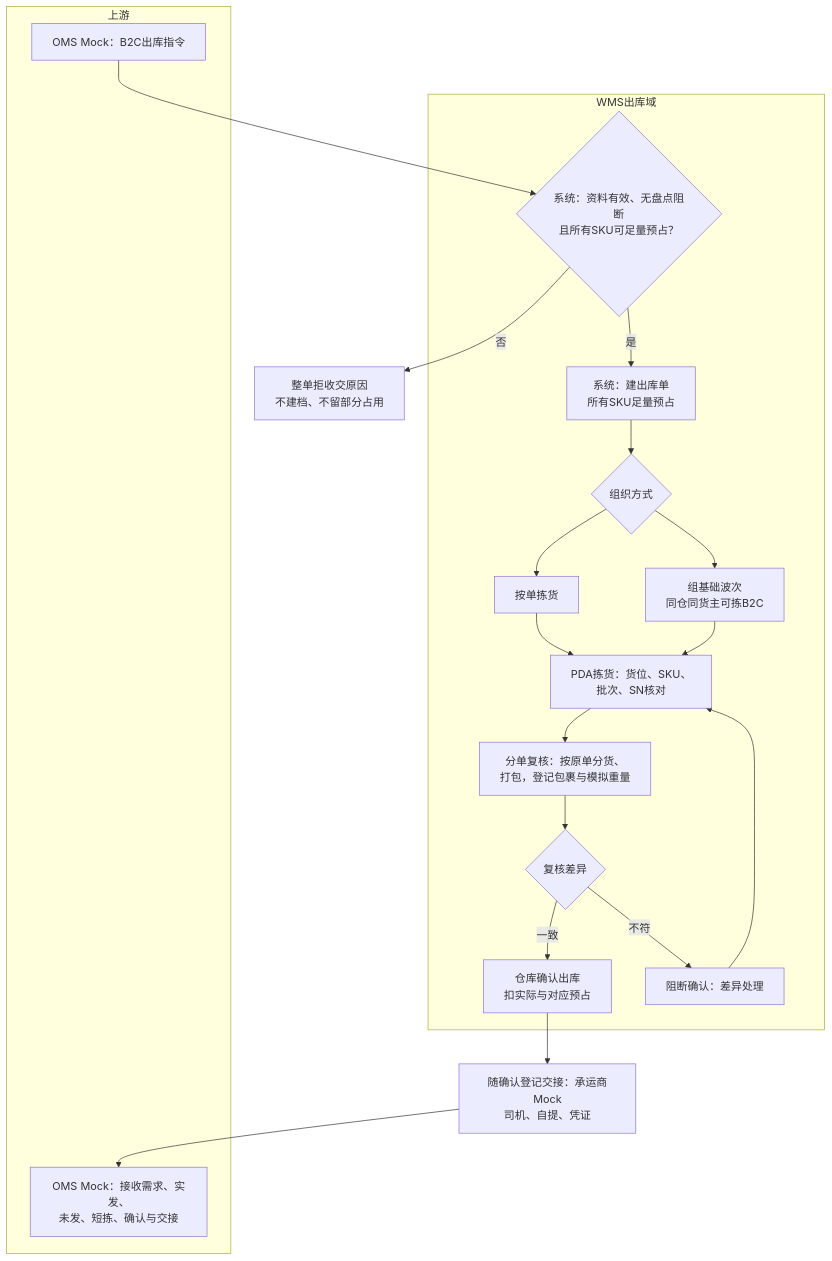
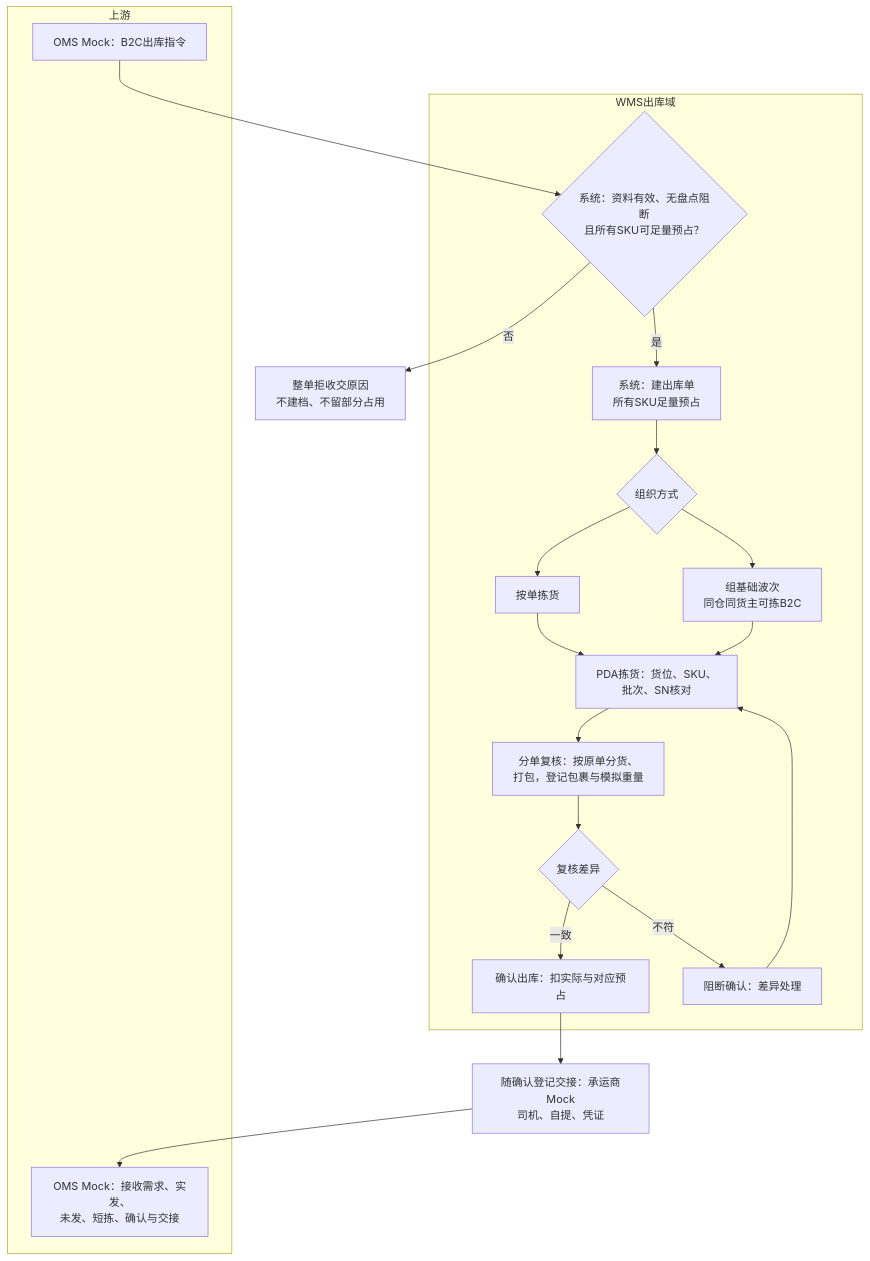
Before and after one commit to TopVitamin/QS-WMS-Project: the third of 6 diagrams in 05-应用设计方案/20261002-MVP版本/系统架构设计/01-系统流程与单据交互.md, drawn with Mermaid. The commit also changed other lines of this file and 82 other files, not shown here.

````diff
--- a/05-应用设计方案/20261002-MVP版本/系统架构设计/01-系统流程与单据交互.md
+++ b/05-应用设计方案/20261002-MVP版本/系统架构设计/01-系统流程与单据交互.md
@@ -123,32 +143,32 @@
 ```mermaid
 flowchart TB
     subgraph 上游
         M1[OMS Mock：B2C出库指令]
         M2[OMS Mock：接收需求、实发、<br/>未发、短拣、确认与交接]
     end
     subgraph WMS出库域
         E0{系统：资料有效、无盘点阻断<br/>且所有SKU可足量预占？}
         E1[系统：建出库单<br/>所有SKU足量预占]
         W1{组织方式}
         W2[按单拣货]
         W3[组基础波次<br/>同仓同货主可拣B2C]
         P1[PDA拣货：货位、SKU、<br/>批次、SN核对]
         S1[分单复核：按原单分货、<br/>打包，登记包裹与模拟重量]
         C1{复核差异}
-        C2[仓库确认出库<br/>扣实际与对应预占]
+        C2[确认出库：扣实际与对应预占]
         C3[阻断确认：差异处理]
     end
     M1 --> E0
     E0 -->|是| E1
     E0 -->|否| X[整单拒收交原因<br/>不建档、不留部分占用]
     E1 --> W1
     W1 --> W2 --> P1
     W1 --> W3 --> P1
     P1 --> S1
     S1 --> C1
     C1 -->|一致| C2
     C1 -->|不符| C3
     C2 --> D1[随确认登记交接：承运商Mock<br/>司机、自提、凭证]
     D1 --> M2
     C3 --> P1
 ```
````
